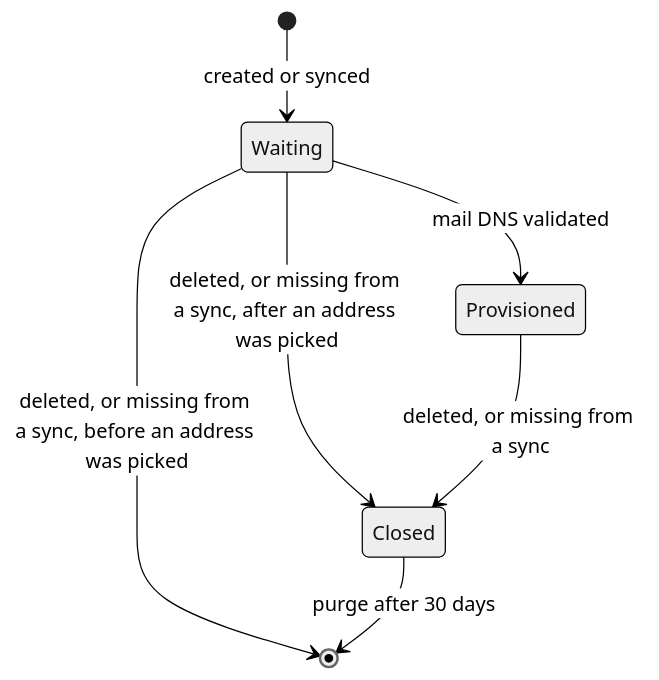
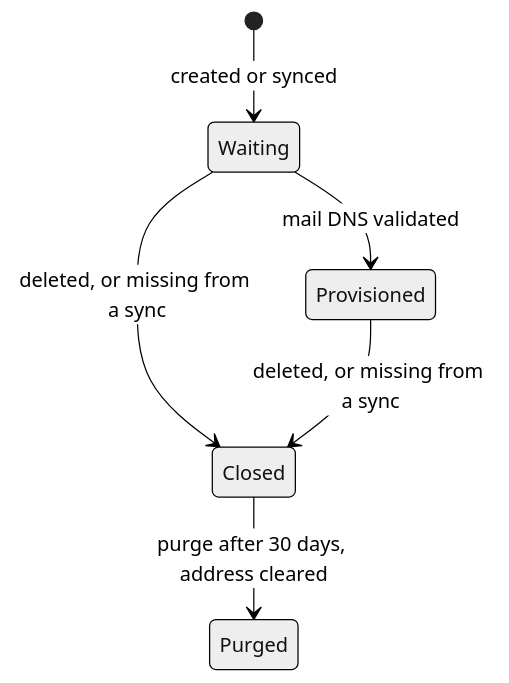
One commit to linagora/twake-mail-side-service changed the second of 2 diagrams in docs/data-model.md. Above: the diagram before and after it, drawn with Mermaid (neutral theme). The commit also changed other lines of this file and 5 other files, not shown here.

````diff
--- a/docs/data-model.md
+++ b/docs/data-model.md
@@ -56,9 +56,8 @@
 ```mermaid
 stateDiagram-v2
   [*] --> Waiting: created or synced
   Waiting --> Provisioned: mail DNS validated
-  Waiting --> [*]: deleted, or missing from a sync, before an address was picked
-  Waiting --> Closed: deleted, or missing from a sync, after an address was picked
+  Waiting --> Closed: deleted, or missing from a sync
   Provisioned --> Closed: deleted, or missing from a sync
-  Closed --> [*]: purge after 30 days
+  Closed --> Purged: purge after 30 days, address cleared
 ```
````
